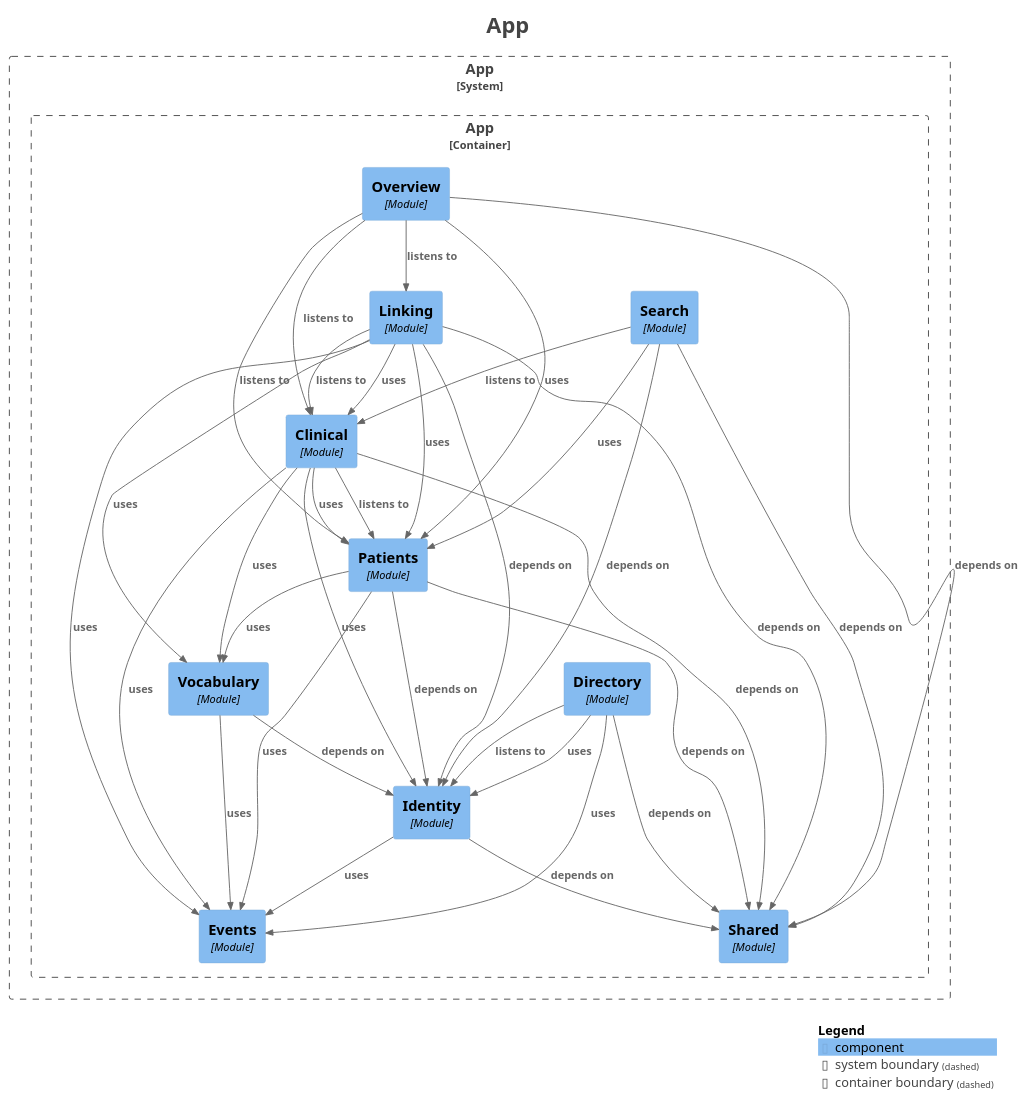
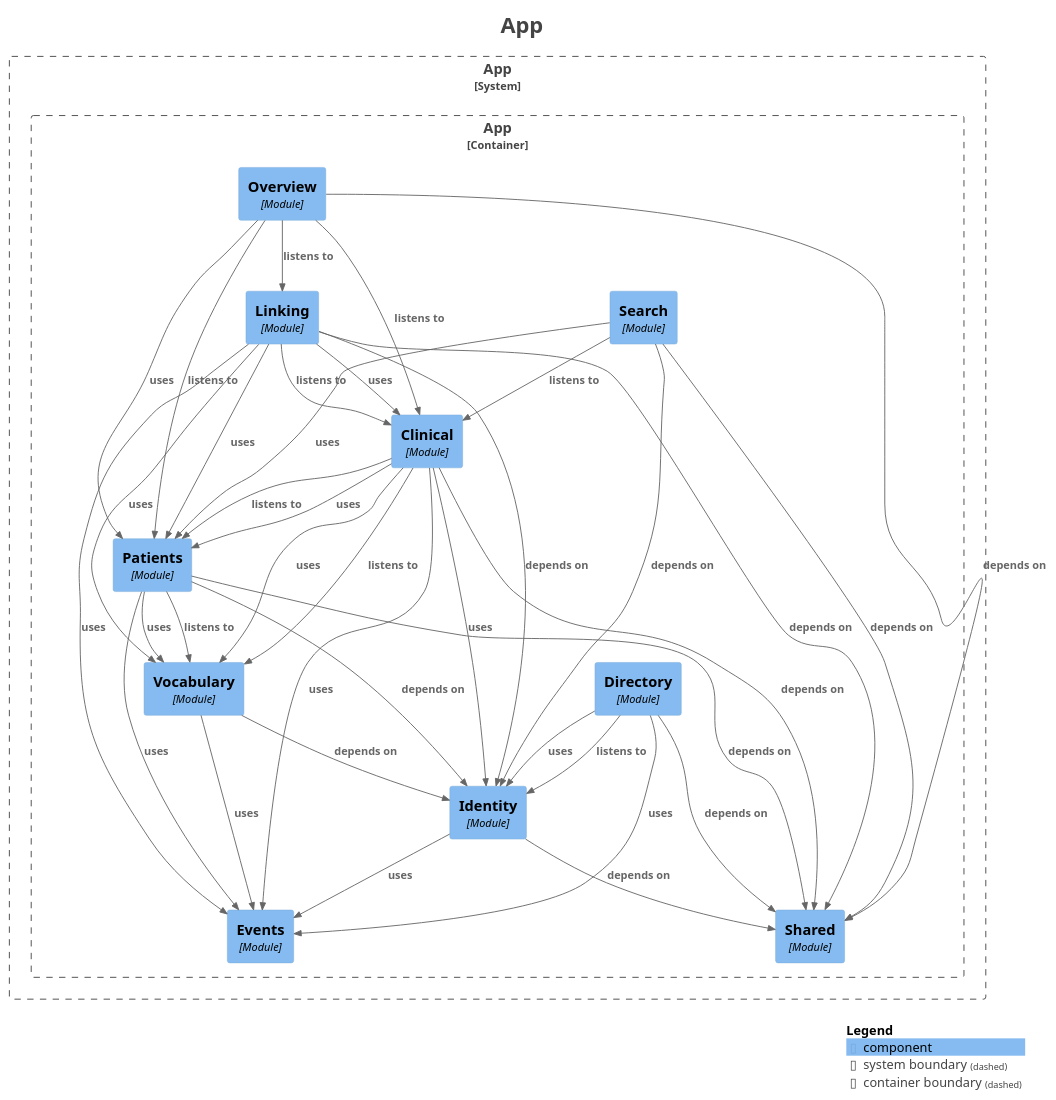
One commit to mrscams/psymate-api changed the diagram in docs/generated/components.puml. Above: the diagram before and after it, drawn with PlantUML. The commit also changed 16 other files, not shown here.

```diff
--- a/docs/generated/components.puml
+++ b/docs/generated/components.puml
@@ -1,71 +1,73 @@
 @startuml
 title <size:24>App</size>
 
 set separator none
 top to bottom direction
 
 <style>
   root {
     BackgroundColor: #ffffff
     FontColor: #444444
   }
 </style>
 
 !include <C4/C4>
 !include <C4/C4_Context>
 !include <C4/C4_Component>
 
 System_Boundary("App_boundary", "App", $tags="") {
   Container_Boundary("App.App_boundary", "App", $tags="") {
     Component(App.App.Clinical, "Clinical", $techn="Module", $descr="", $tags="", $link="")
     Component(App.App.Directory, "Directory", $techn="Module", $descr="", $tags="", $link="")
     Component(App.App.Events, "Events", $techn="Module", $descr="", $tags="", $link="")
     Component(App.App.Identity, "Identity", $techn="Module", $descr="", $tags="", $link="")
     Component(App.App.Linking, "Linking", $techn="Module", $descr="", $tags="", $link="")
     Component(App.App.Overview, "Overview", $techn="Module", $descr="", $tags="", $link="")
     Component(App.App.Patients, "Patients", $techn="Module", $descr="", $tags="", $link="")
     Component(App.App.Search, "Search", $techn="Module", $descr="", $tags="", $link="")
     Component(App.App.Shared, "Shared", $techn="Module", $descr="", $tags="", $link="")
     Component(App.App.Vocabulary, "Vocabulary", $techn="Module", $descr="", $tags="", $link="")
   }
 
 }
 
 Rel(App.App.Clinical, App.App.Events, "uses", $techn="", $tags="", $link="")
 Rel(App.App.Clinical, App.App.Identity, "uses", $techn="", $tags="", $link="")
 Rel(App.App.Clinical, App.App.Patients, "listens to", $techn="", $tags="", $link="")
 Rel(App.App.Clinical, App.App.Patients, "uses", $techn="", $tags="", $link="")
 Rel(App.App.Clinical, App.App.Shared, "depends on", $techn="", $tags="", $link="")
+Rel(App.App.Clinical, App.App.Vocabulary, "listens to", $techn="", $tags="", $link="")
 Rel(App.App.Clinical, App.App.Vocabulary, "uses", $techn="", $tags="", $link="")
 Rel(App.App.Directory, App.App.Events, "uses", $techn="", $tags="", $link="")
 Rel(App.App.Directory, App.App.Identity, "listens to", $techn="", $tags="", $link="")
 Rel(App.App.Directory, App.App.Identity, "uses", $techn="", $tags="", $link="")
 Rel(App.App.Directory, App.App.Shared, "depends on", $techn="", $tags="", $link="")
 Rel(App.App.Identity, App.App.Events, "uses", $techn="", $tags="", $link="")
 Rel(App.App.Identity, App.App.Shared, "depends on", $techn="", $tags="", $link="")
 Rel(App.App.Linking, App.App.Clinical, "listens to", $techn="", $tags="", $link="")
 Rel(App.App.Linking, App.App.Clinical, "uses", $techn="", $tags="", $link="")
 Rel(App.App.Linking, App.App.Events, "uses", $techn="", $tags="", $link="")
 Rel(App.App.Linking, App.App.Identity, "depends on", $techn="", $tags="", $link="")
 Rel(App.App.Linking, App.App.Patients, "uses", $techn="", $tags="", $link="")
 Rel(App.App.Linking, App.App.Shared, "depends on", $techn="", $tags="", $link="")
 Rel(App.App.Linking, App.App.Vocabulary, "uses", $techn="", $tags="", $link="")
 Rel(App.App.Overview, App.App.Clinical, "listens to", $techn="", $tags="", $link="")
 Rel(App.App.Overview, App.App.Linking, "listens to", $techn="", $tags="", $link="")
 Rel(App.App.Overview, App.App.Patients, "listens to", $techn="", $tags="", $link="")
 Rel(App.App.Overview, App.App.Patients, "uses", $techn="", $tags="", $link="")
 Rel(App.App.Overview, App.App.Shared, "depends on", $techn="", $tags="", $link="")
 Rel(App.App.Patients, App.App.Events, "uses", $techn="", $tags="", $link="")
 Rel(App.App.Patients, App.App.Identity, "depends on", $techn="", $tags="", $link="")
 Rel(App.App.Patients, App.App.Shared, "depends on", $techn="", $tags="", $link="")
+Rel(App.App.Patients, App.App.Vocabulary, "listens to", $techn="", $tags="", $link="")
 Rel(App.App.Patients, App.App.Vocabulary, "uses", $techn="", $tags="", $link="")
 Rel(App.App.Search, App.App.Clinical, "listens to", $techn="", $tags="", $link="")
 Rel(App.App.Search, App.App.Identity, "depends on", $techn="", $tags="", $link="")
 Rel(App.App.Search, App.App.Patients, "uses", $techn="", $tags="", $link="")
 Rel(App.App.Search, App.App.Shared, "depends on", $techn="", $tags="", $link="")
 Rel(App.App.Vocabulary, App.App.Events, "uses", $techn="", $tags="", $link="")
 Rel(App.App.Vocabulary, App.App.Identity, "depends on", $techn="", $tags="", $link="")
 
 SHOW_LEGEND(true)
 hide stereotypes
 @enduml
```
